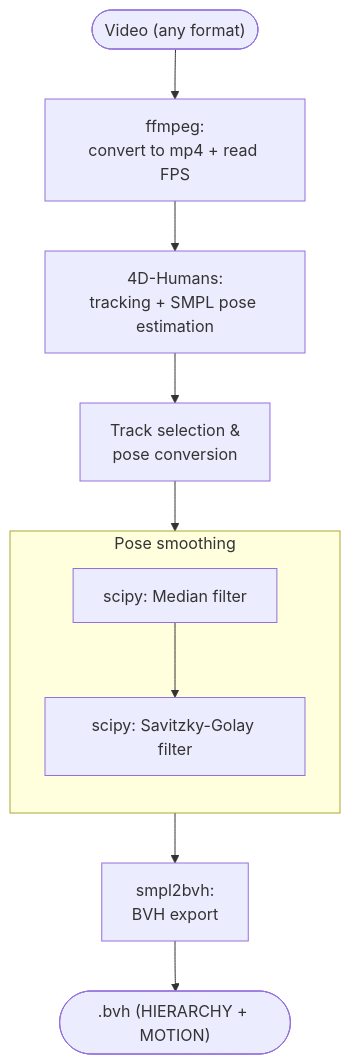
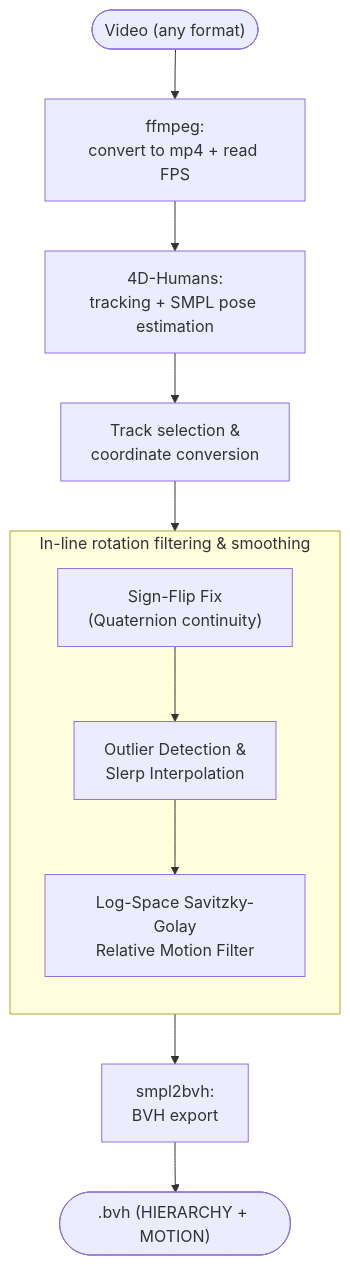
One commit to Daeun271/video2bvh changed the diagram in readme.md. Above: the diagram before and after it, drawn with Mermaid. The commit also changed other lines of this file and 1 other file, not shown here.

Commit message:
feat(video2bvh): outlier cleanup, quaternion sign-flip fix, log-space motion smoothing

````diff
--- a/readme.md
+++ b/readme.md
@@ -15,20 +18,21 @@
 ```mermaid
 flowchart TB
     V0(["Video (any format)"])
     V1["ffmpeg:<br>convert to mp4 + read FPS"]
 
     V0 --> V1 --> V2
 
     V2["4D-Humans:<br>tracking + SMPL pose estimation"]
-    V3["Track selection &<br>pose conversion"]
+    V3["Track selection &<br>coordinate conversion"]
 
-    subgraph S["Pose smoothing"]
+    subgraph S["In-line rotation filtering & smoothing"]
         direction TB
-        S1["scipy: Median filter"] --> S2["scipy: Savitzky-Golay filter"]
+        S1["Sign-Flip Fix<br>(Quaternion continuity)"] --> S2["Outlier Detection &<br>Slerp Interpolation"]
+        S2 --> S3["Log-Space Savitzky-Golay<br>Relative Motion Filter"]
     end
 
     V4["smpl2bvh:<br>BVH export"]
     OUT([".bvh (HIERARCHY + MOTION)"])
 
     V2 --> V3 --> S --> V4 --> OUT
 ```
````
